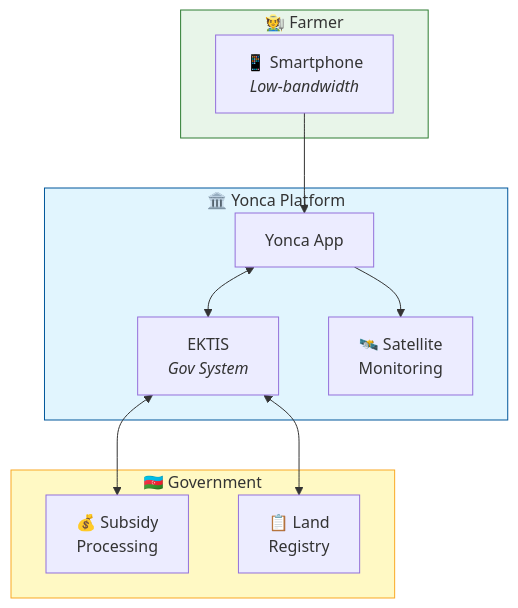
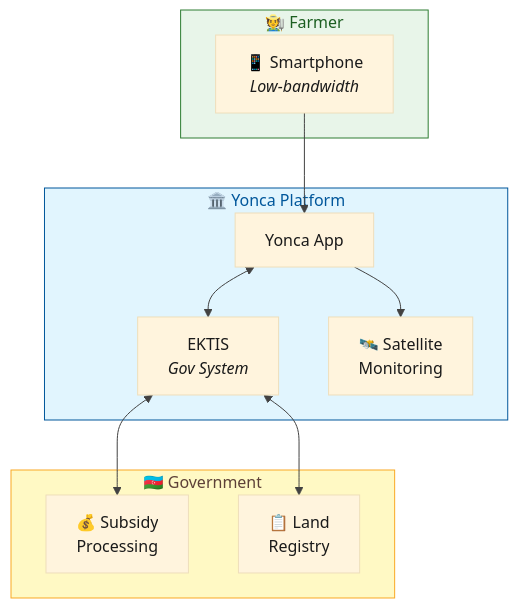
Before and after one commit to Px8Studio/yonja: the third of 19 diagrams in docs/zekalab/03-ARCHITECTURE.md, drawn with Mermaid. The commit also changed other lines of this file and 2 other files, not shown here.

Commit message:
Refine styling in architecture diagrams for improved clarity and consistency

````diff
--- a/docs/zekalab/03-ARCHITECTURE.md
+++ b/docs/zekalab/03-ARCHITECTURE.md
@@ -92,27 +94,28 @@
 ```mermaid
+%%{init: {'theme': 'base', 'themeVariables': { 'primaryTextColor': '#1a1a1a', 'lineColor': '#424242'}}}%%
 graph TB
     subgraph farmer["🧑‍🌾 Farmer"]
         phone["📱 Smartphone<br/><i>Low-bandwidth</i>"]
     end
     
     subgraph platform["🏛️ Yonca Platform"]
         app["Yonca App"]
         ektis["EKTIS<br/><i>Gov System</i>"]
         satellite["🛰️ Satellite<br/>Monitoring"]
     end
     
     subgraph gov["🇦🇿 Government"]
         subsidy["💰 Subsidy<br/>Processing"]
         registry["📋 Land<br/>Registry"]
     end
     
     phone --> app
     app <--> ektis
     app --> satellite
     ektis <--> subsidy
     ektis <--> registry
     
-    style farmer fill:#e8f5e9,stroke:#2e7d32
-    style platform fill:#e1f5fe,stroke:#01579b
-    style gov fill:#fff9c4,stroke:#f9a825
+    style farmer fill:#e8f5e9,stroke:#2e7d32,color:#1b5e20
+    style platform fill:#e1f5fe,stroke:#01579b,color:#01579b
+    style gov fill:#fff9c4,stroke:#f9a825,color:#5d4037
 ```
````
